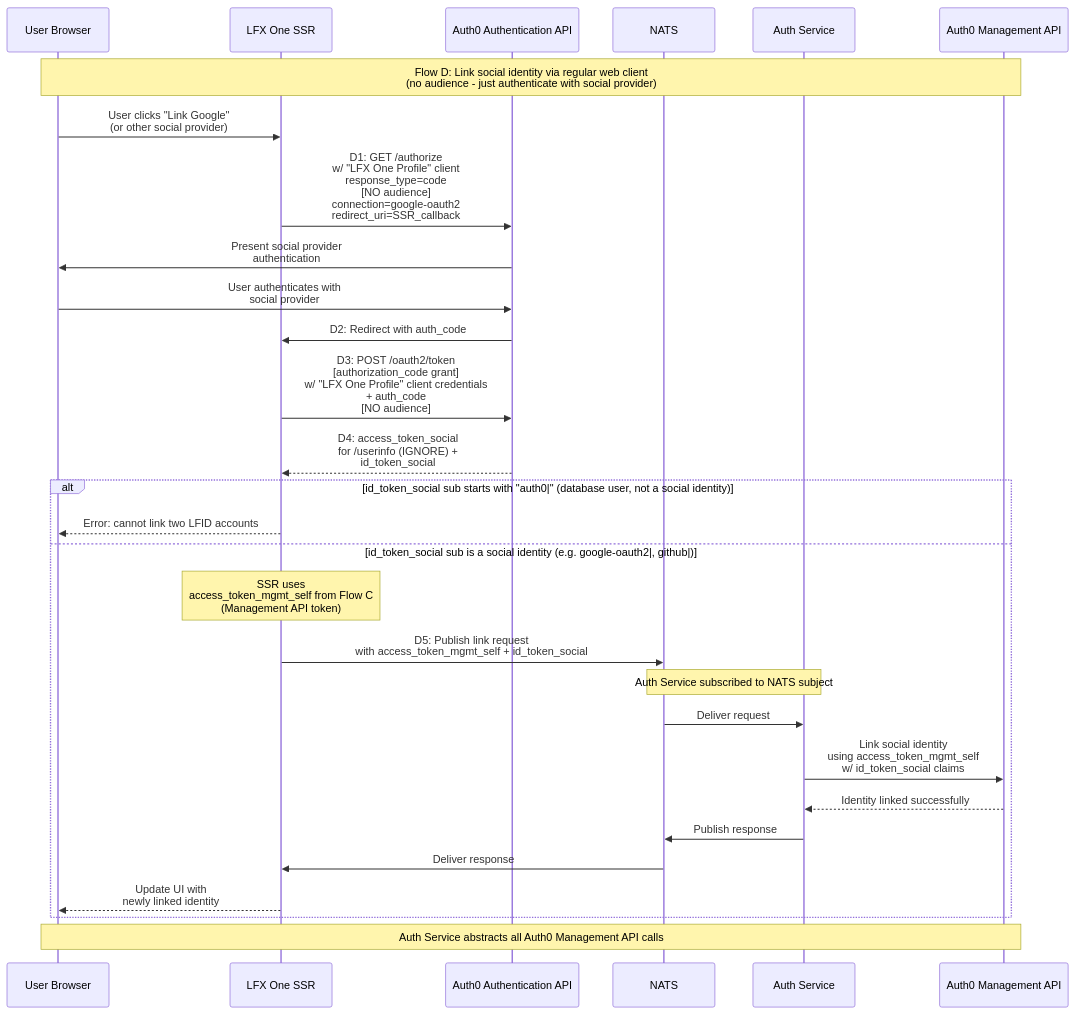
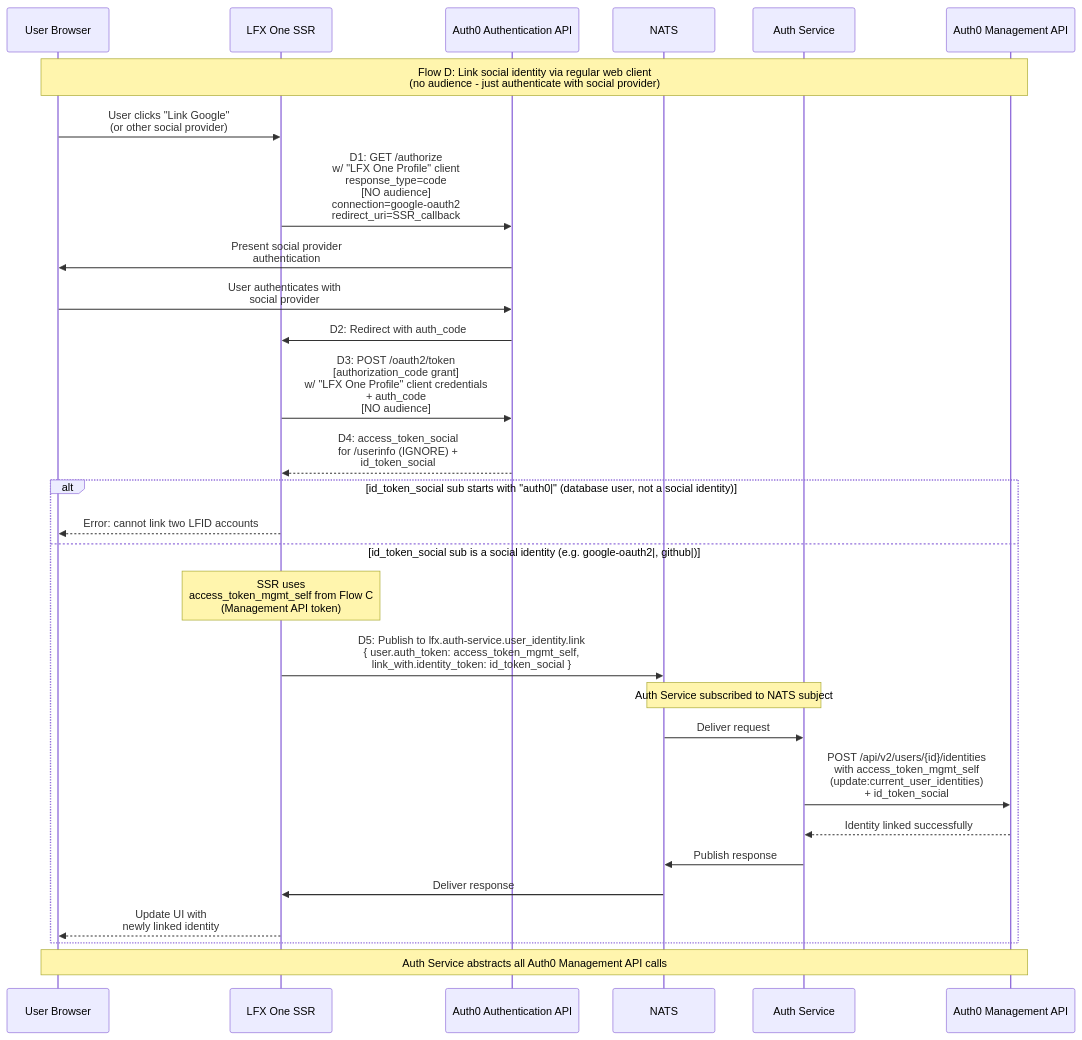
The diagram in docs/auth-flows/D-social-identity-linking.md (linuxfoundation/lfx-v2-auth-service), drawn with Mermaid before and after one commit. The commit also changed 4 other files, not shown here.

````diff
--- a/docs/auth-flows/D-social-identity-linking.md
+++ b/docs/auth-flows/D-social-identity-linking.md
@@ -8,45 +8,45 @@
 ```mermaid
 sequenceDiagram
     participant Browser as User Browser
     participant SSR as LFX One SSR
     participant Auth0 as Auth0 Authentication API
     participant NATS as NATS
     participant AuthSvc as Auth Service
     participant Auth0Mgmt as Auth0 Management API
 
     Note over Browser,Auth0Mgmt: Flow D: Link social identity via regular web client<br/>(no audience - just authenticate with social provider)
     
     Browser->>SSR: User clicks "Link Google"<br/>(or other social provider)
     
     SSR->>Auth0: D1: GET /authorize<br/>w/ "LFX One Profile" client<br/>response_type=code<br/>[NO audience]<br/>connection=google-oauth2<br/>redirect_uri=SSR_callback
     
     Auth0->>Browser: Present social provider<br/>authentication
     
     Browser->>Auth0: User authenticates with<br/>social provider
     
     Auth0->>SSR: D2: Redirect with auth_code
     
     SSR->>Auth0: D3: POST /oauth2/token<br/>[authorization_code grant]<br/>w/ "LFX One Profile" client credentials<br/>+ auth_code<br/>[NO audience]
     
     Auth0-->>SSR: D4: access_token_social<br/>for /userinfo (IGNORE) +<br/>id_token_social
 
     alt id_token_social sub starts with "auth0|" (database user, not a social identity)
         SSR-->>Browser: Error: cannot link two LFID accounts
     else id_token_social sub is a social identity (e.g. google-oauth2|, github|)
         Note over SSR: SSR uses<br/>access_token_mgmt_self from Flow C<br/>(Management API token)
 
-        SSR->>NATS: D5: Publish link request<br/>with access_token_mgmt_self + id_token_social
+        SSR->>NATS: D5: Publish to lfx.auth-service.user_identity.link<br/>{ user.auth_token: access_token_mgmt_self,<br/>link_with.identity_token: id_token_social }
         Note over NATS,AuthSvc: Auth Service subscribed to NATS subject
         NATS->>AuthSvc: Deliver request
 
-        AuthSvc->>Auth0Mgmt: Link social identity<br/>using access_token_mgmt_self<br/>w/ id_token_social claims
+        AuthSvc->>Auth0Mgmt: POST /api/v2/users/{id}/identities<br/>with access_token_mgmt_self<br/>(update:current_user_identities)<br/>+ id_token_social
 
         Auth0Mgmt-->>AuthSvc: Identity linked successfully
         AuthSvc->>NATS: Publish response
         NATS->>SSR: Deliver response
 
         SSR-->>Browser: Update UI with<br/>newly linked identity
     end
 
     Note over Browser,Auth0Mgmt: Auth Service abstracts all Auth0 Management API calls
 ```
````
